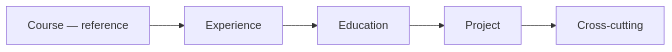
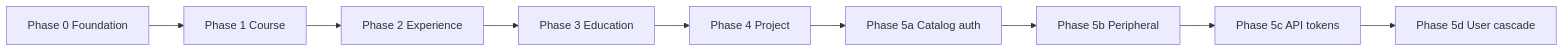
The diagram in apps/api/docs/adr/001-multi-tenant-migration.md (YaGRRusso/profile-info), drawn with Mermaid before and after one commit. The commit also changed other lines of this file, not shown here.

First line of the commit message:
feat(api): update multi-tenant migration documentation and clarify entity migration phases

````diff
--- a/apps/api/docs/adr/001-multi-tenant-migration.md
+++ b/apps/api/docs/adr/001-multi-tenant-migration.md
@@ -242,10 +228,14 @@
 ```mermaid
 flowchart LR
-    C[Course — reference]
-    E[Experience]
-    Ed[Education]
-    P[Project]
-    X[Cross-cutting]
+    P0[Phase 0 Foundation]
+    P1[Phase 1 Course]
+    P2[Phase 2 Experience]
+    P3[Phase 3 Education]
+    P4[Phase 4 Project]
+    P5a[Phase 5a Catalog auth]
+    P5b[Phase 5b Peripheral]
+    P5c[Phase 5c API tokens]
+    P5d[Phase 5d User cascade]
 
-    C --> E --> Ed --> P --> X
+    P0 --> P1 --> P2 --> P3 --> P4 --> P5a --> P5b --> P5c --> P5d
 ```
````
